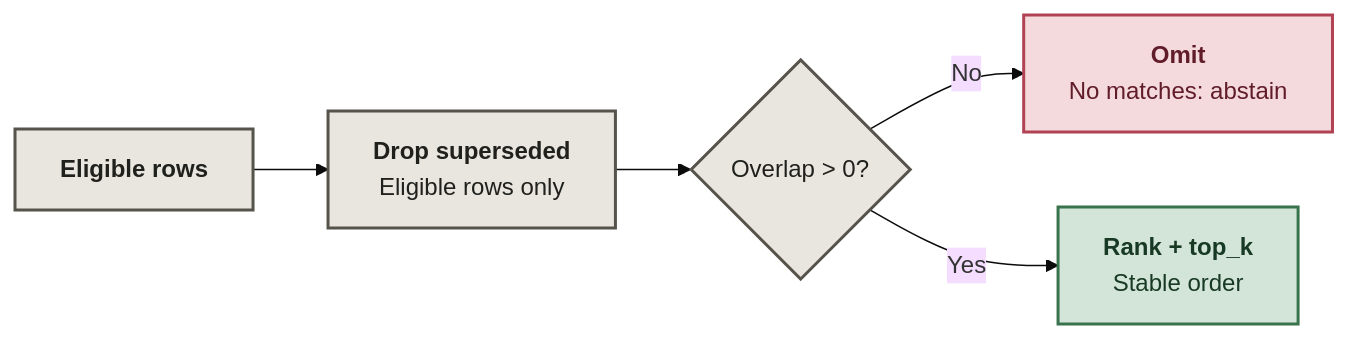
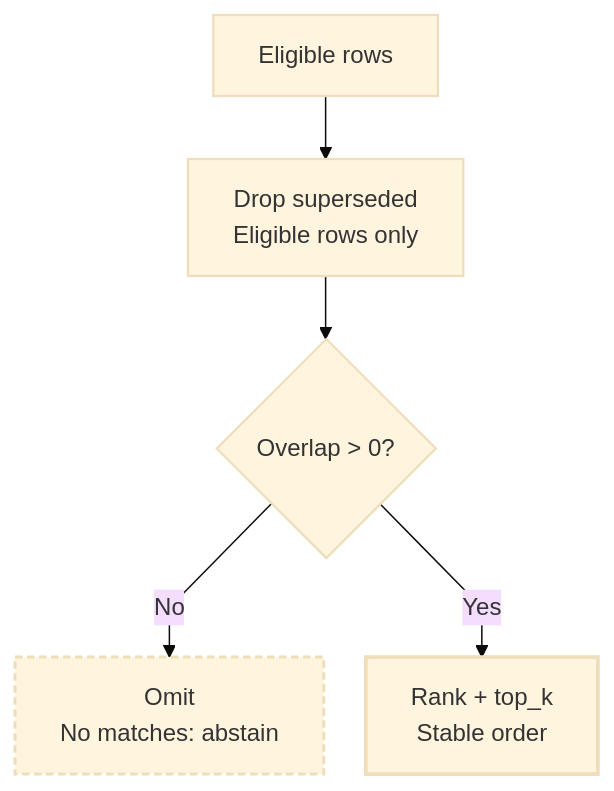
One commit to Niyam-Paneru/temporal-memory-core changed the second of 2 diagrams in README.md. Above: the diagram before and after it, drawn with Mermaid (base theme). The commit also changed other lines of this file, not shown here.

Commit message:
Improve Mermaid layout and light-dark theme readability

````diff
--- a/README.md
+++ b/README.md
@@ -30,13 +39,22 @@
 ```mermaid
-flowchart LR
-    F["<b>Eligible rows</b>"] --> S["<b>Drop superseded</b><br/>Eligible rows only"]
+---
+config:
+  flowchart:
+    curve: linear
+    nodeSpacing: 28
+    rankSpacing: 42
+---
+flowchart TB
+    accTitle: Ranking: supersession first, relevance second
+    accDescr: Decision flow for ranking: supersession first, relevance second.
+    F["Eligible rows"] --> S["Drop superseded<br/>Eligible rows only"]
     S --> H{"Overlap > 0?"}
-    H -- No --> I["<b>Omit</b><br/>No matches: abstain"]
-    H -- Yes --> J["<b>Rank + top_k</b><br/>Stable order"]
-    classDef input fill:#e8e6df,stroke:#55534a,color:#20201d,stroke-width:2px;
-    classDef pass fill:#d2e5d8,stroke:#38734d,color:#183923,stroke-width:2px;
-    classDef stop fill:#f4dadd,stroke:#b14253,color:#611c29,stroke-width:2px;
+    H -- No --> I["Omit<br/>No matches: abstain"]
+    H -- Yes --> J["Rank + top_k<br/>Stable order"]
+    classDef input stroke-width:1.5px;
+    classDef pass stroke-width:2.5px;
+    classDef stop stroke-width:2px,stroke-dasharray:5 3;
     class F,S,H input;
     class J pass;
     class I stop;
 ```
````
